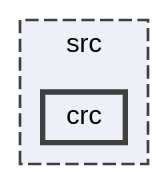
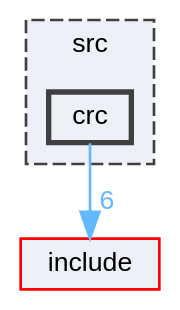
The diagram in dir_aaf0231a54e81f715efc83e4edb207e4_dep.dot (robinonsay/libjuno), drawn with Graphviz before and after one commit. The commit also changed 290 other files, not shown here.

```diff
--- a/dir_aaf0231a54e81f715efc83e4edb207e4_dep.dot
+++ b/dir_aaf0231a54e81f715efc83e4edb207e4_dep.dot
@@ -1,12 +1,14 @@
 digraph "/home/runner/work/libjuno/libjuno/src/crc"
 {
  // LATEX_PDF_SIZE
   bgcolor="transparent";
   edge [fontname=Helvetica,fontsize=10,labelfontname=Helvetica,labelfontsize=10];
   node [fontname=Helvetica,fontsize=10,shape=box,height=0.2,width=0.4];
   compound=true
   subgraph clusterdir_68267d1309a1af8e8297ef4c3efbcdba {
     graph [ bgcolor="#edf0f7", pencolor="grey25", label="src", fontname=Helvetica,fontsize=10 style="filled,dashed", URL="dir_68267d1309a1af8e8297ef4c3efbcdba.html",tooltip=""]
   dir_aaf0231a54e81f715efc83e4edb207e4 [label="crc", fillcolor="#edf0f7", color="grey25", style="filled,bold", URL="dir_aaf0231a54e81f715efc83e4edb207e4.html",tooltip=""];
   }
+  dir_d44c64559bbebec7f509842c48db8b23 [label="include", fillcolor="#edf0f7", color="red", style="filled", URL="dir_d44c64559bbebec7f509842c48db8b23.html",tooltip=""];
+  dir_aaf0231a54e81f715efc83e4edb207e4->dir_d44c64559bbebec7f509842c48db8b23 [headlabel="6", labeldistance=1.5 headhref="dir_000001_000003.html" href="dir_000001_000003.html" color="steelblue1" fontcolor="steelblue1"];
 }
```
